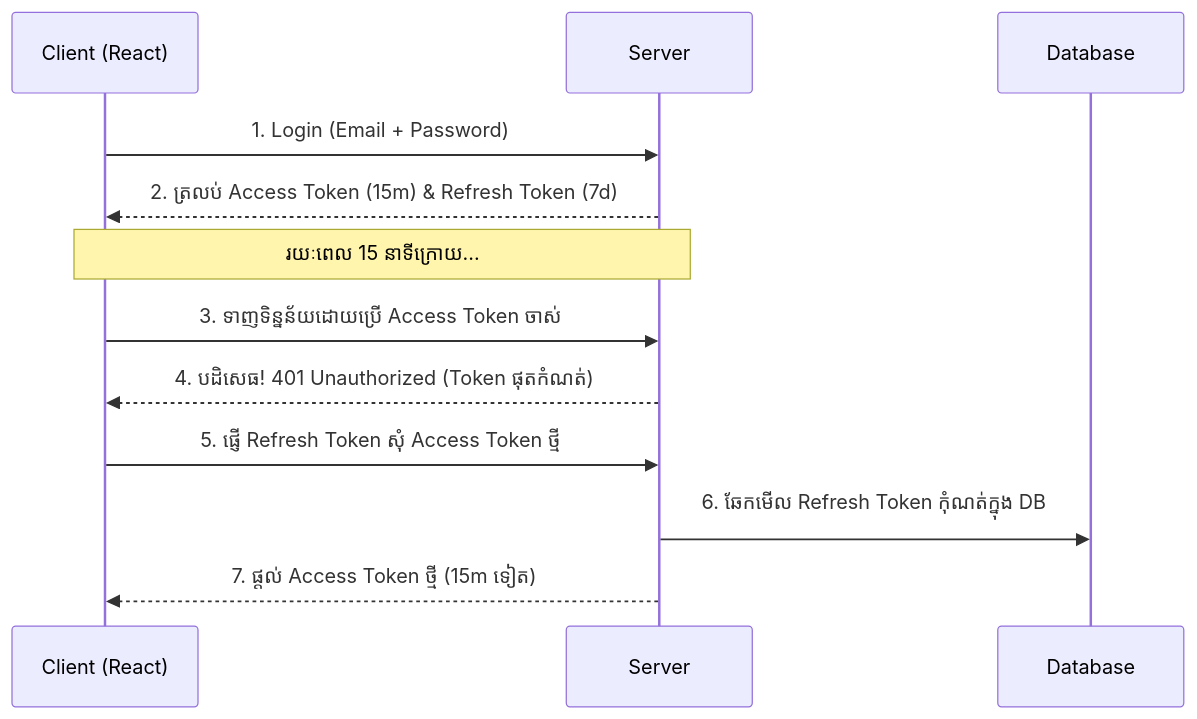
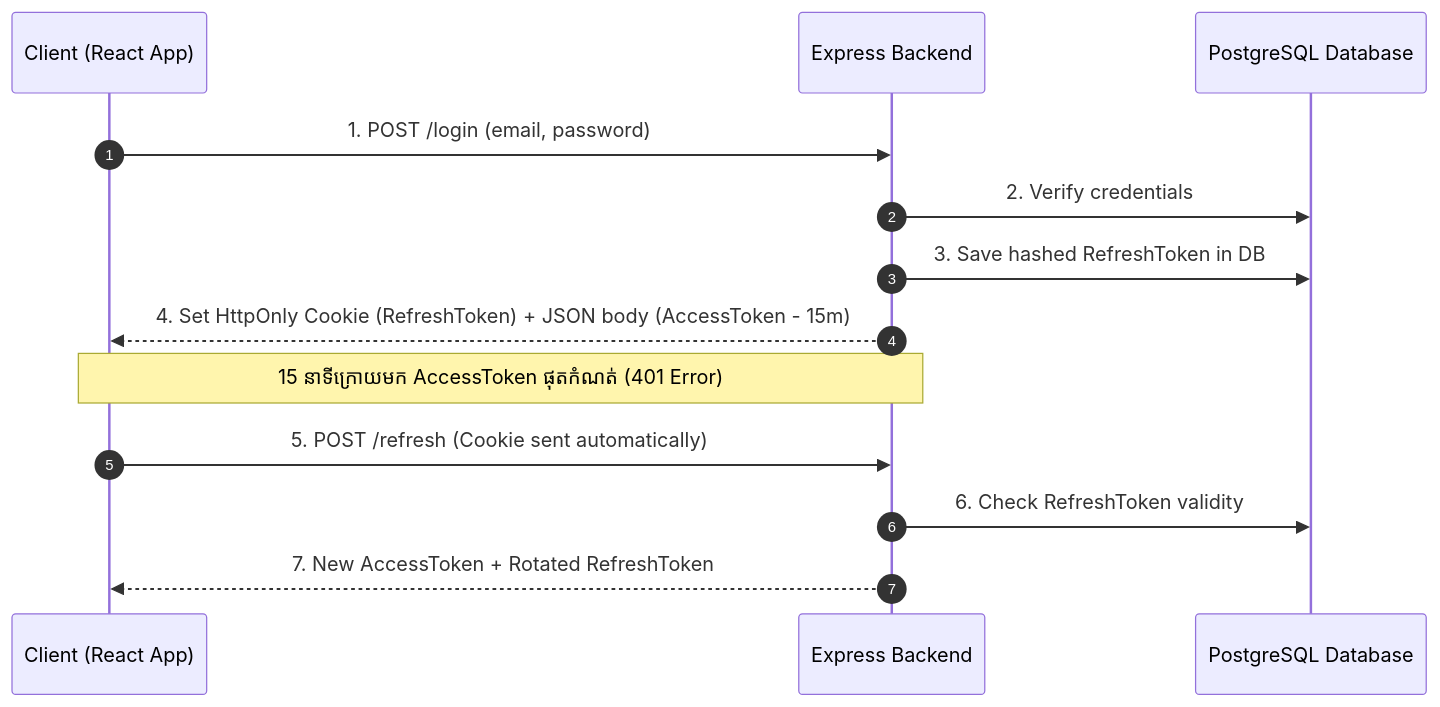
One commit to Ari-ICU/full-stack-short-coures changed the diagram in src/courses/backend/module-5-authentication/04-access-and-refresh-tokens.mdx. Above: the diagram before and after it, drawn with Mermaid. The commit also changed other lines of this file and 47 other files, not shown here.

Commit message:
refactor: rename backend-architecture directory to backend and update path references across all course modules

````diff
--- a/src/courses/backend/module-5-authentication/04-access-and-refresh-tokens.mdx
+++ b/src/courses/backend/module-5-authentication/04-access-and-refresh-tokens.mdx
@@ -15,18 +27,18 @@
 ```mermaid
 sequenceDiagram
-    participant C as Client (React)
-    participant S as Server
-    participant DB as Database
+    autonumber
+    participant C as Client (React App)
+    participant S as Express Backend
+    participant DB as PostgreSQL Database
+
+    C->>S: 1. POST /login (email, password)
+    S->>DB: 2. Verify credentials
+    S->>DB: 3. Save hashed RefreshToken in DB
+    S-->>C: 4. Set HttpOnly Cookie (RefreshToken) + JSON body (AccessToken - 15m)
     
-    C->>S: 1. Login (Email + Password)
-    S-->>C: 2. ត្រលប់ Access Token (15m) & Refresh Token (7d)
+    Note over C,S: 15 នាទីក្រោយមក AccessToken ផុតកំណត់ (401 Error)
     
-    Note over C,S: រយៈពេល 15 នាទីក្រោយ...
-    
-    C->>S: 3. ទាញទិន្នន័យដោយប្រើ Access Token ចាស់
-    S-->>C: 4. បដិសេធ! 401 Unauthorized (Token ផុតកំណត់)
-    
-    C->>S: 5. ផ្ញើ Refresh Token សុំ Access Token ថ្មី
-    S->>DB: 6. ឆែកមើល Refresh Token កុំណត់ក្នុង DB
-    S-->>C: 7. ផ្តល់ Access Token ថ្មី (15m ទៀត)
+    C->>S: 5. POST /refresh (Cookie sent automatically)
+    S->>DB: 6. Check RefreshToken validity
+    S-->>C: 7. New AccessToken + Rotated RefreshToken
 ```
````
